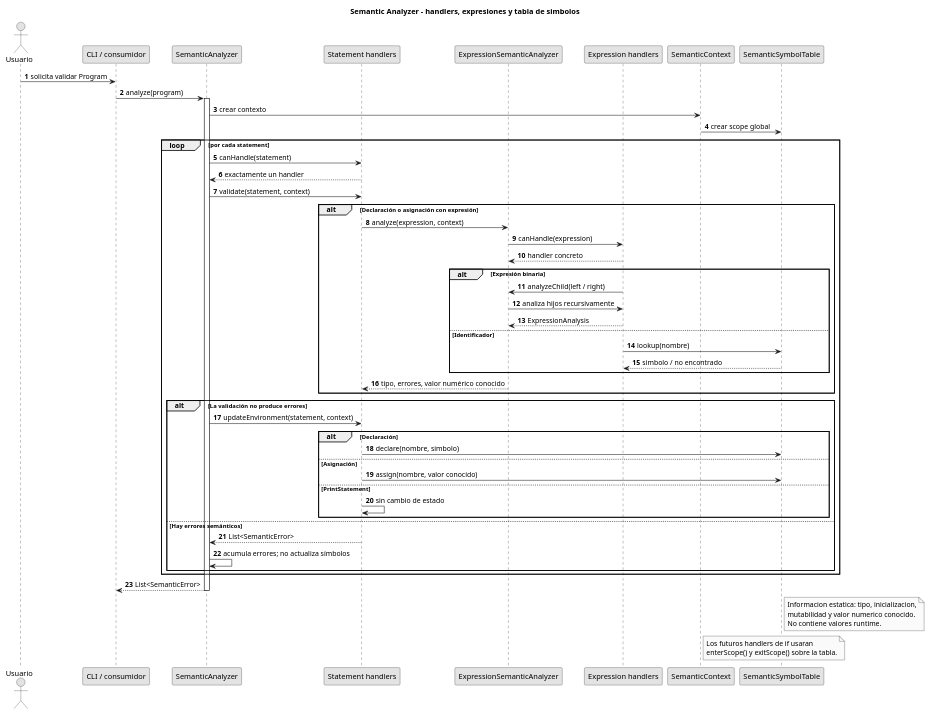
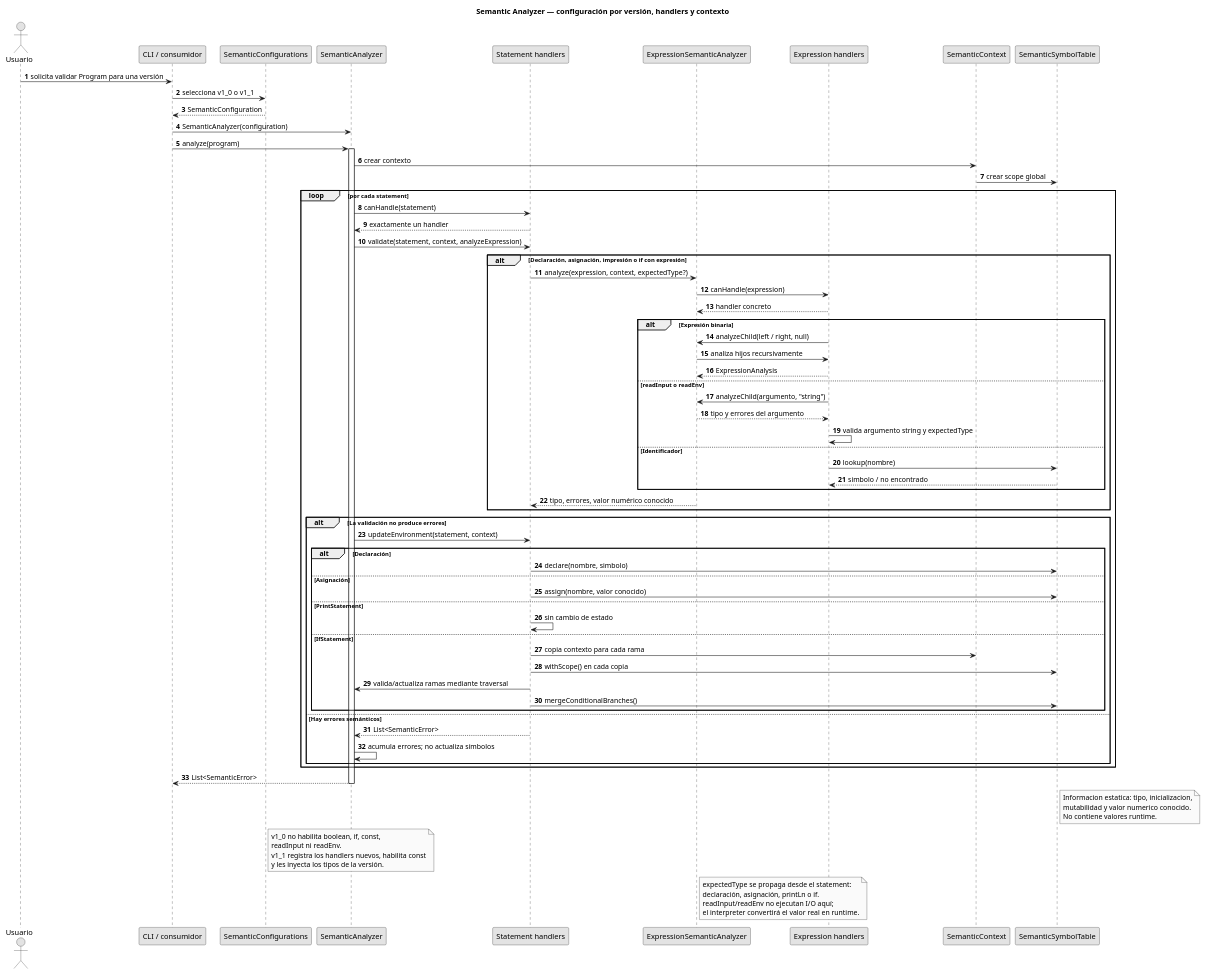
One commit to printScript-ingsis-vlt/print-script-ingsis changed the diagram in docs/diagrams/semantic-sequence.puml. Above: the diagram before and after it, drawn with PlantUML. The commit also changed 6 other files, not shown here.

Commit message:
feat: Nuevo ReadEnv con estructura similar al readInput, junto a su config y la doc

```diff
--- a/docs/diagrams/semantic-sequence.puml
+++ b/docs/diagrams/semantic-sequence.puml
@@ -1,65 +1,89 @@
 @startuml
-title Semantic Analyzer - handlers, expresiones y tabla de simbolos
+title Semantic Analyzer — configuración por versión, handlers y contexto
 
 skinparam monochrome true
 skinparam shadowing false
 autonumber
 
 actor Usuario
 participant "CLI / consumidor" as Consumer
+participant "SemanticConfigurations" as Configurations
 participant "SemanticAnalyzer" as Analyzer
 participant "Statement handlers" as StatementHandlers
 participant "ExpressionSemanticAnalyzer" as ExpressionAnalyzer
 participant "Expression handlers" as ExpressionHandlers
 participant "SemanticContext" as Context
 participant "SemanticSymbolTable" as Symbols
 
-Usuario -> Consumer : solicita validar Program
+Usuario -> Consumer : solicita validar Program para una versión
+Consumer -> Configurations : selecciona v1_0 o v1_1
+Configurations --> Consumer : SemanticConfiguration
+Consumer -> Analyzer : SemanticAnalyzer(configuration)
 Consumer -> Analyzer : analyze(program)
 activate Analyzer
 Analyzer -> Context : crear contexto
 Context -> Symbols : crear scope global
 
 loop por cada statement
   Analyzer -> StatementHandlers : canHandle(statement)
   StatementHandlers --> Analyzer : exactamente un handler
-  Analyzer -> StatementHandlers : validate(statement, context)
+  Analyzer -> StatementHandlers : validate(statement, context, analyzeExpression)
 
-  alt Declaración o asignación con expresión
-    StatementHandlers -> ExpressionAnalyzer : analyze(expression, context)
+  alt Declaración, asignación, impresión o if con expresión
+    StatementHandlers -> ExpressionAnalyzer : analyze(expression, context, expectedType?)
     ExpressionAnalyzer -> ExpressionHandlers : canHandle(expression)
     ExpressionHandlers --> ExpressionAnalyzer : handler concreto
 
     alt Expresión binaria
-      ExpressionHandlers -> ExpressionAnalyzer : analyzeChild(left / right)
+      ExpressionHandlers -> ExpressionAnalyzer : analyzeChild(left / right, null)
       ExpressionAnalyzer -> ExpressionHandlers : analiza hijos recursivamente
       ExpressionHandlers --> ExpressionAnalyzer : ExpressionAnalysis
+    else readInput o readEnv
+      ExpressionHandlers -> ExpressionAnalyzer : analyzeChild(argumento, "string")
+      ExpressionAnalyzer --> ExpressionHandlers : tipo y errores del argumento
+      ExpressionHandlers -> ExpressionHandlers : valida argumento string y expectedType
     else Identificador
       ExpressionHandlers -> Symbols : lookup(nombre)
       Symbols --> ExpressionHandlers : simbolo / no encontrado
     end
 
     ExpressionAnalyzer --> StatementHandlers : tipo, errores, valor numérico conocido
   end
 
   alt La validación no produce errores
     Analyzer -> StatementHandlers : updateEnvironment(statement, context)
     alt Declaración
       StatementHandlers -> Symbols : declare(nombre, simbolo)
     else Asignación
       StatementHandlers -> Symbols : assign(nombre, valor conocido)
     else PrintStatement
       StatementHandlers -> StatementHandlers : sin cambio de estado
+    else IfStatement
+      StatementHandlers -> Context : copia contexto para cada rama
+      StatementHandlers -> Symbols : withScope() en cada copia
+      StatementHandlers -> Analyzer : valida/actualiza ramas mediante traversal
+      StatementHandlers -> Symbols : mergeConditionalBranches()
     end
   else Hay errores semánticos
     StatementHandlers --> Analyzer : List<SemanticError>
     Analyzer -> Analyzer : acumula errores; no actualiza símbolos
   end
 end
 
 Analyzer --> Consumer : List<SemanticError>
 deactivate Analyzer
 
 note right of Symbols : Informacion estatica: tipo, inicializacion,\nmutabilidad y valor numerico conocido.\nNo contiene valores runtime.
-note right of Context : Los futuros handlers de if usaran\nenterScope() y exitScope() sobre la tabla.
+note right of Configurations
+v1_0 no habilita boolean, if, const,
+readInput ni readEnv.
+v1_1 registra los handlers nuevos, habilita const
+y les inyecta los tipos de la versión.
+end note
+note right of ExpressionAnalyzer
+expectedType se propaga desde el statement:
+declaración, asignación, printLn o if.
+readInput/readEnv no ejecutan I/O aquí;
+el interpreter convertirá el valor real en runtime.
+end note
 @enduml
```
